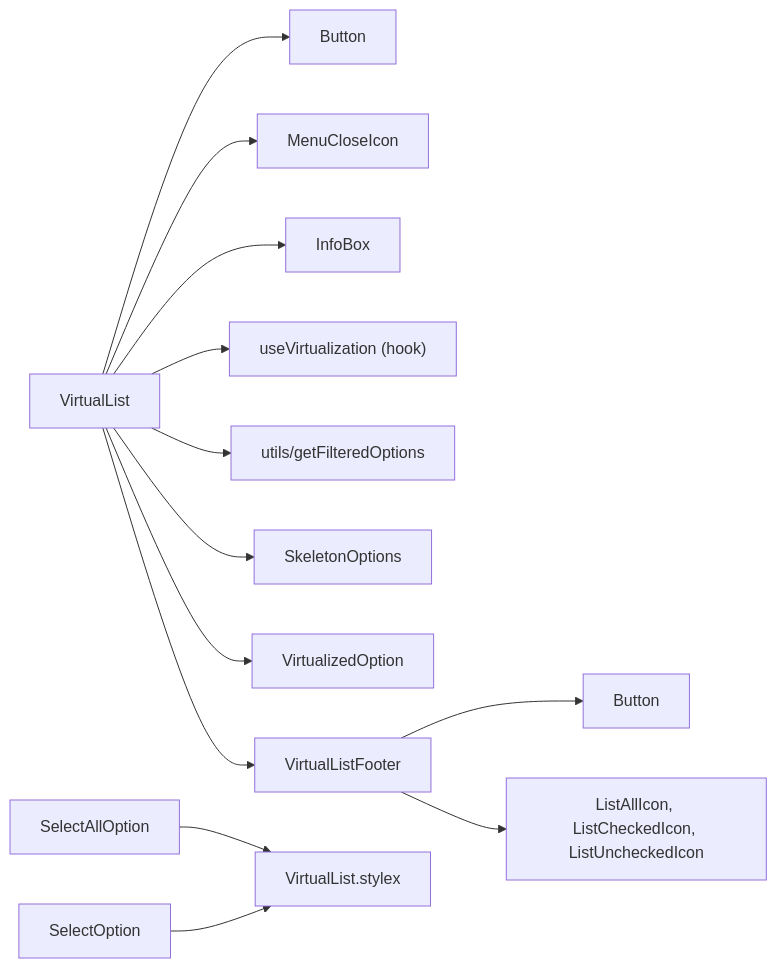
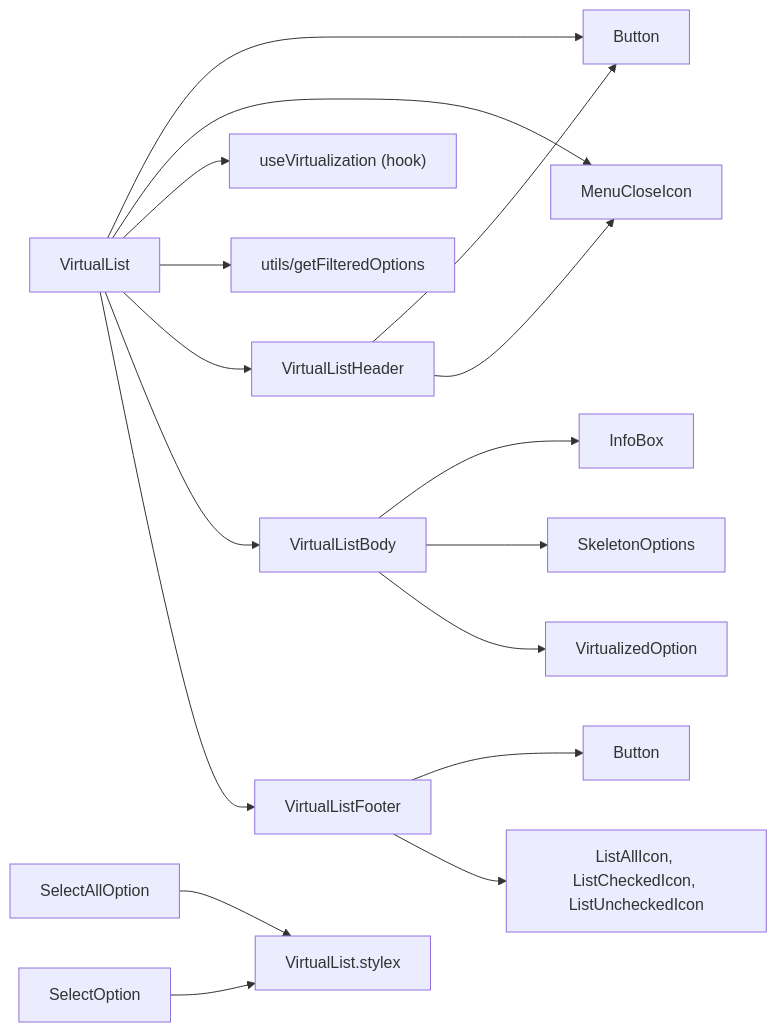
Before and after one commit to luciocabrera/lcabrera-stack: the second of 4 diagrams in apps/react-router/src/components/VirtualList/ARCHITECTURE.md, drawn with Mermaid. The commit also changed other lines of this file and 20 other files, not shown here.

````diff
--- a/apps/react-router/src/components/VirtualList/ARCHITECTURE.md
+++ b/apps/react-router/src/components/VirtualList/ARCHITECTURE.md
@@ -66,17 +85,23 @@
 ```mermaid
 graph LR
   VL["VirtualList"] --> Button
   VL --> MenuCloseIcon
-  VL --> InfoBox
   VL --> useVirtualization["useVirtualization (hook)"]
   VL --> getFilteredOptions["utils/getFilteredOptions"]
-  VL --> SKO["SkeletonOptions"]
-  VL --> VO["VirtualizedOption"]
+  VL --> VLH["VirtualListHeader"]
+  VL --> VLB["VirtualListBody"]
   VL --> VLF["VirtualListFooter"]
+
+  VLH --> Button
+  VLH --> MenuCloseIcon
+
+  VLB --> InfoBox
+  VLB --> SKO["SkeletonOptions"]
+  VLB --> VO["VirtualizedOption"]
 
   VLF --> Button2["Button"]
   VLF --> Icons["ListAllIcon, ListCheckedIcon, ListUncheckedIcon"]
 
   SAO["SelectAllOption"] --> VL_stylex["VirtualList.stylex"]
   SO["SelectOption"] --> VL_stylex
 ```
````
